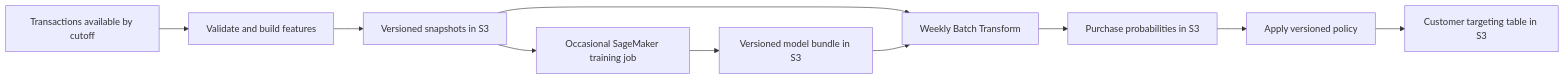
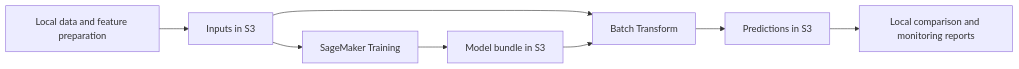
The diagram in docs/aws-batch-workflow.md (manu-horn/online-retail), drawn with Mermaid before and after one commit. The commit also changed other lines of this file and 6 other files, not shown here.

````diff
--- a/docs/aws-batch-workflow.md
+++ b/docs/aws-batch-workflow.md
@@ -16,12 +14,10 @@
 ```mermaid
 flowchart LR
-    A[Transactions available by cutoff] --> B[Validate and build features]
-    B --> C[Versioned snapshots in S3]
-    C --> D[Occasional SageMaker training job]
-    D --> E[Versioned model bundle in S3]
-    C --> F[Weekly Batch Transform]
-    E --> F
-    F --> G[Purchase probabilities in S3]
-    G --> H[Apply versioned policy]
-    H --> I[Customer targeting table in S3]
+    A[Local data and feature preparation] --> B[Inputs in S3]
+    B --> C[SageMaker Training]
+    C --> D[Model bundle in S3]
+    B --> E[Batch Transform]
+    D --> E
+    E --> F[Predictions in S3]
+    F --> G[Local comparison and monitoring reports]
 ```
````
